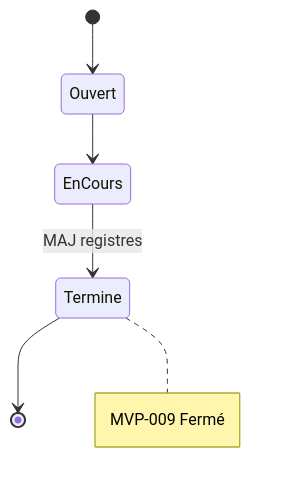
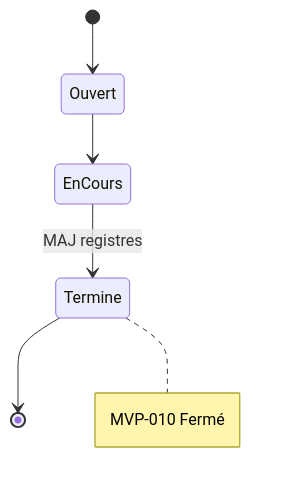
Before and after one commit to JavaChrist/Tai-Chi-AI-Coach: the second of 2 diagrams in docs/runtime/11_BACKLOG.md, drawn with Mermaid. The commit also changed other lines of this file and 17 other files, not shown here.

````diff
--- a/docs/runtime/11_BACKLOG.md
+++ b/docs/runtime/11_BACKLOG.md
@@ -69,8 +69,8 @@
 ```mermaid
 stateDiagram-v2
   [*] --> Ouvert
   Ouvert --> EnCours
   EnCours --> Termine: MAJ registres
   Termine --> [*]
-  note right of Termine: MVP-009 Fermé
+  note right of Termine: MVP-010 Fermé
 ```
````
